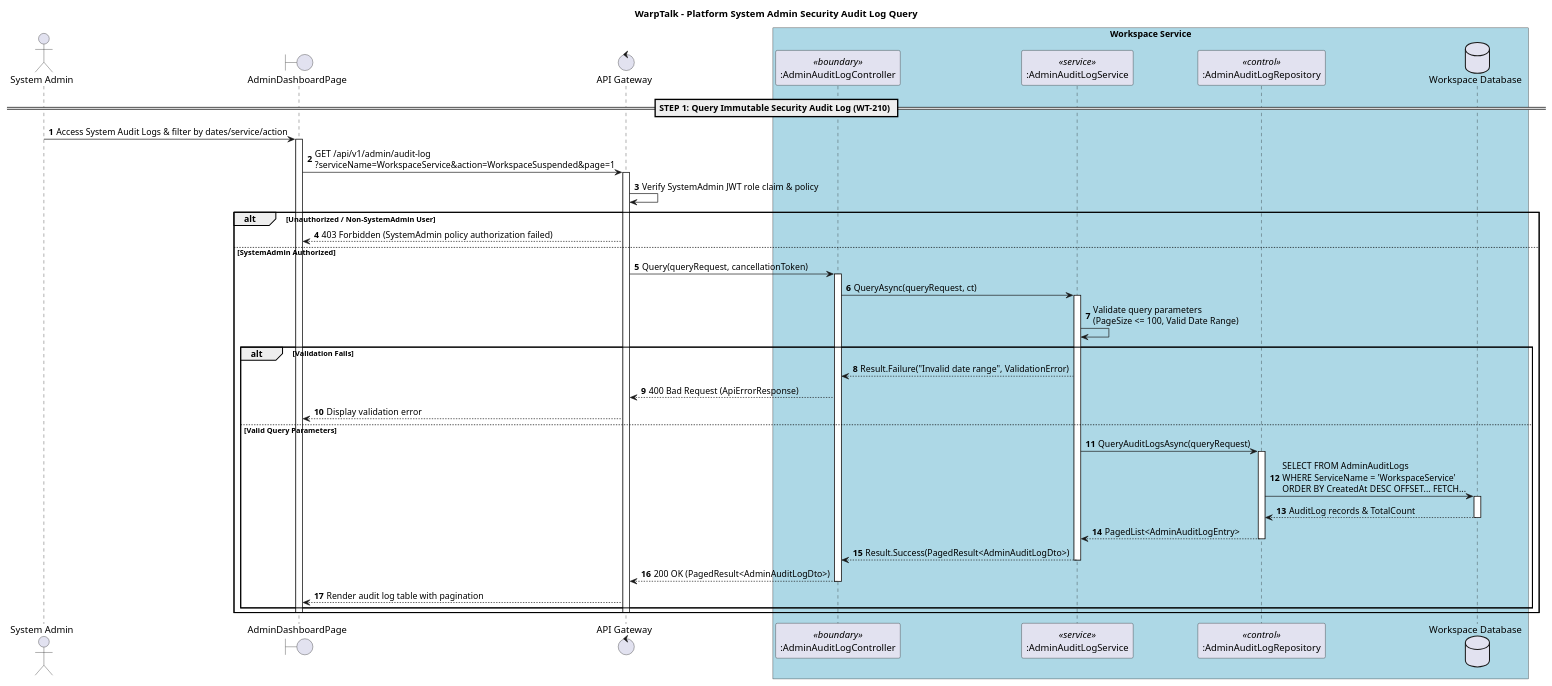
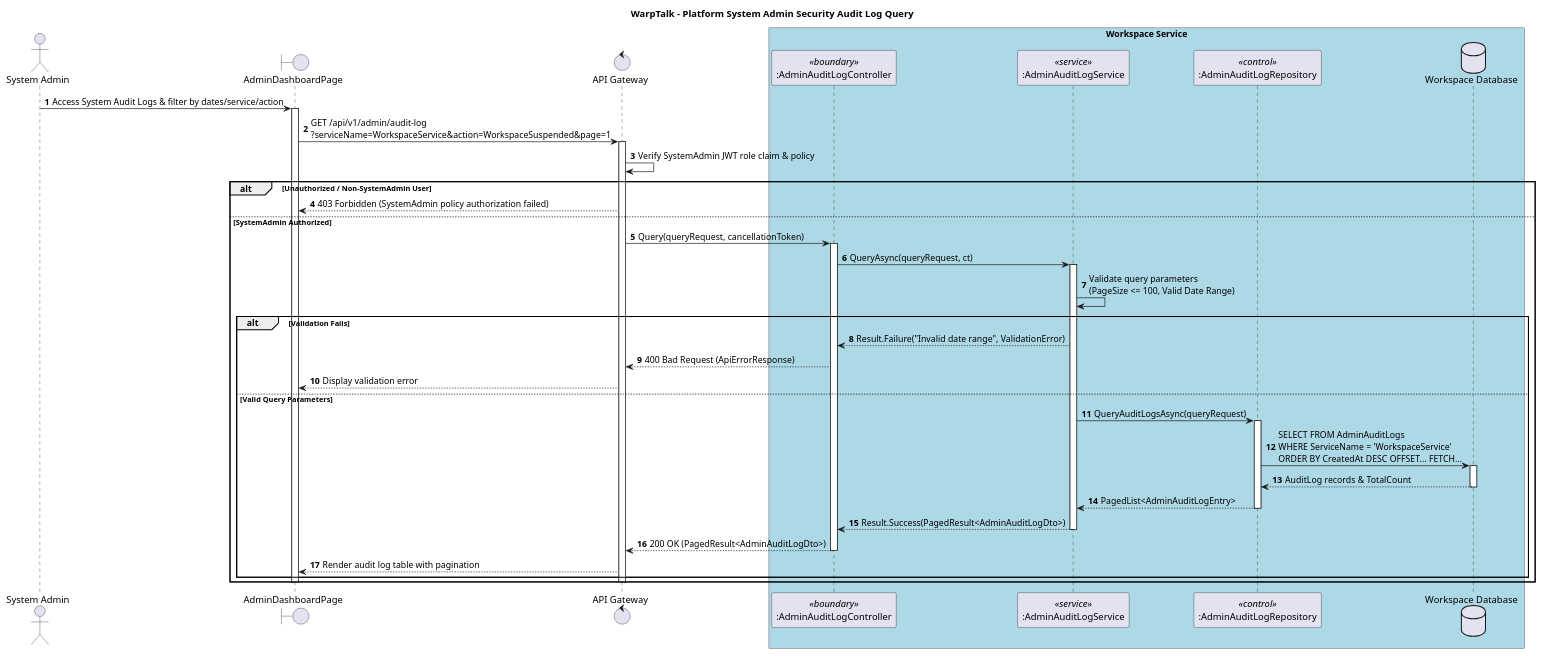
One commit to WarpTalk-CapstoneProject/warptalk-backend changed the diagram in .agents/resources/sequence diagram/workspace/17-admin-audit-log-query.puml. Above: the diagram before and after it, drawn with PlantUML. The commit also changed 186 other files, not shown here.

Commit message:
docs: finalize sequence diagrams, class diagrams, specs and postman assets

```diff
--- a/.agents/resources/sequence diagram/workspace/17-admin-audit-log-query.puml
+++ b/.agents/resources/sequence diagram/workspace/17-admin-audit-log-query.puml
@@ -1,72 +1,70 @@
 @startuml
 title WarpTalk - Platform System Admin Security Audit Log Query
 
 autonumber
 
 <style>
 sequenceDiagram {
   participant {
     Margin 10
   }
   box {
     Margin 10
   }
 }
 </style>
 
 actor "System Admin" as Admin
 boundary "AdminDashboardPage" as Web
 control "API Gateway" as Gateway
 
 box "Workspace Service" #LightBlue
 participant ":AdminAuditLogController" as Controller <<boundary>>
 participant ":AdminAuditLogService" as Service <<service>>
 participant ":AdminAuditLogRepository" as Repository <<control>>
 database "Workspace Database" as WorkspaceDb
 end box
-
-== STEP 1: Query Immutable Security Audit Log (WT-210) ==
 
 Admin -> Web : Access System Audit Logs & filter by dates/service/action
 activate Web
 
 Web -> Gateway : GET /api/v1/admin/audit-log\n?serviceName=WorkspaceService&action=WorkspaceSuspended&page=1
 activate Gateway
 
 Gateway -> Gateway : Verify SystemAdmin JWT role claim & policy
 alt Unauthorized / Non-SystemAdmin User
   Gateway --> Web : 403 Forbidden (SystemAdmin policy authorization failed)
 else SystemAdmin Authorized
   Gateway -> Controller : Query(queryRequest, cancellationToken)
   activate Controller
 
   Controller -> Service : QueryAsync(queryRequest, ct)
   activate Service
 
   Service -> Service : Validate query parameters\n(PageSize <= 100, Valid Date Range)
 
   alt Validation Fails
     Service --> Controller : Result.Failure("Invalid date range", ValidationError)
     Controller --> Gateway : 400 Bad Request (ApiErrorResponse)
     Gateway --> Web : Display validation error
   else Valid Query Parameters
     Service -> Repository : QueryAuditLogsAsync(queryRequest)
     activate Repository
     Repository -> WorkspaceDb : SELECT FROM AdminAuditLogs\nWHERE ServiceName = 'WorkspaceService'\nORDER BY CreatedAt DESC OFFSET... FETCH...
     activate WorkspaceDb
     WorkspaceDb --> Repository : AuditLog records & TotalCount
     deactivate WorkspaceDb
     Repository --> Service : PagedList<AdminAuditLogEntry>
     deactivate Repository
 
     Service --> Controller : Result.Success(PagedResult<AdminAuditLogDto>)
     deactivate Service
     Controller --> Gateway : 200 OK (PagedResult<AdminAuditLogDto>)
     deactivate Controller
     Gateway --> Web : Render audit log table with pagination
   end
   deactivate Gateway
   deactivate Web
 end
 
 @enduml
```
